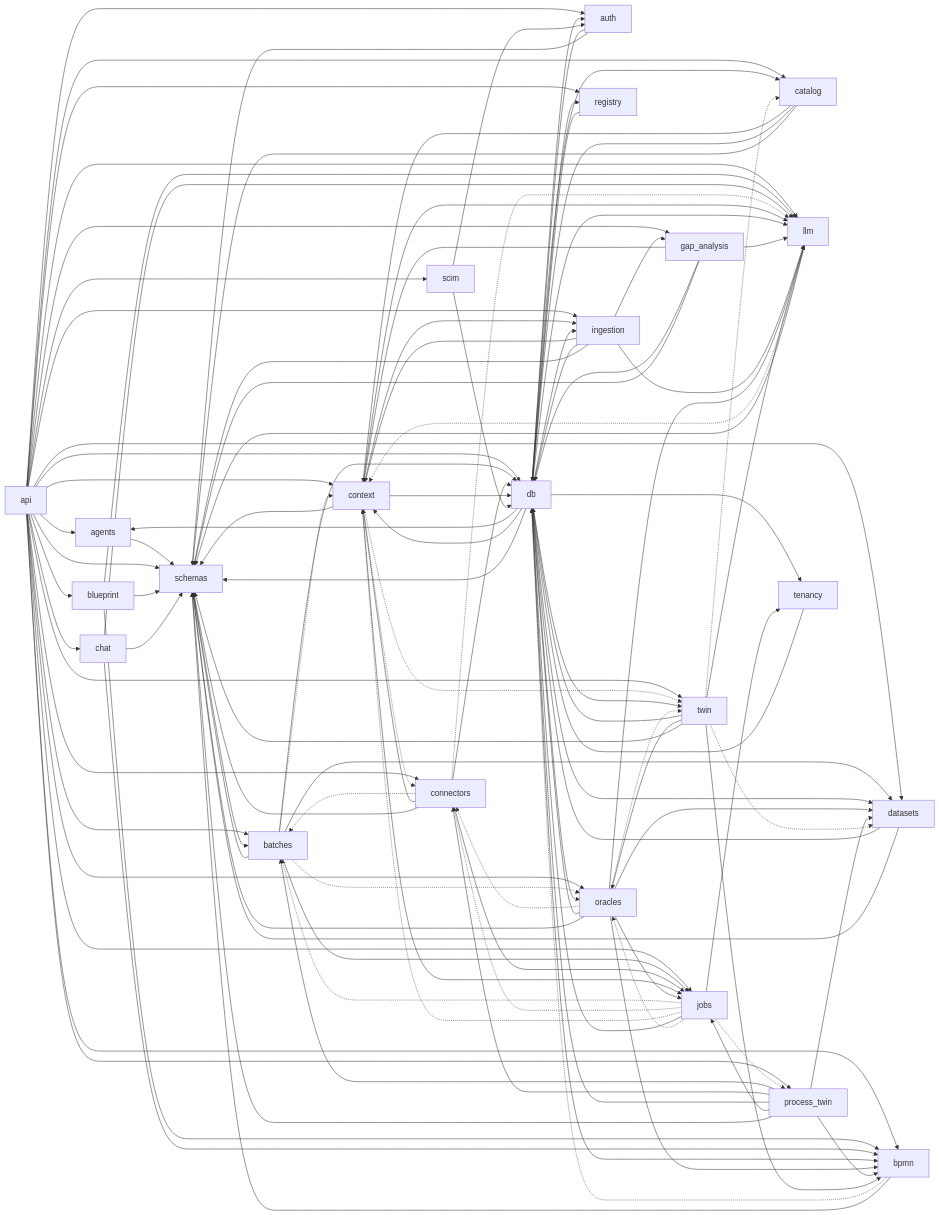
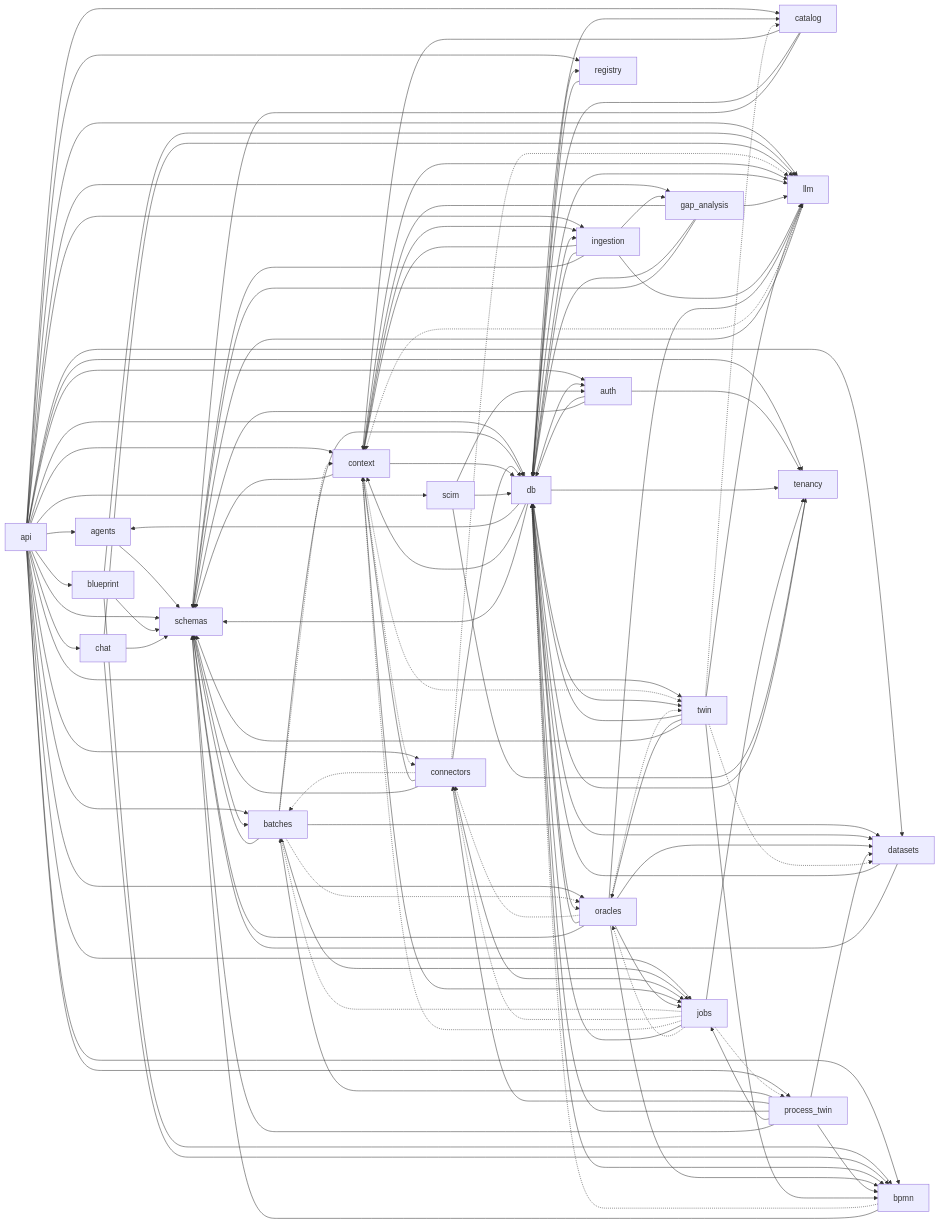
One commit to jayendukumar/agentify changed the third of 8 diagrams in docs/wiki/Architecture.md. Above: the diagram before and after it, drawn with Mermaid. The commit also changed other lines of this file and 37 other files, not shown here.

```diff
--- a/docs/wiki/Architecture.md
+++ b/docs/wiki/Architecture.md
@@ -140,9 +140,11 @@
     api --> registry
     api --> schemas
     api --> scim
+    api --> tenancy
     api --> twin
     auth --> db
     auth --> schemas
+    auth --> tenancy
     batches -.-> context
     batches --> datasets
     batches --> db
@@ -225,6 +227,7 @@
     schemas --> batches
     scim --> auth
     scim --> db
+    scim --> tenancy
     tenancy --> db
     twin --> bpmn
     twin -.-> catalog
```
